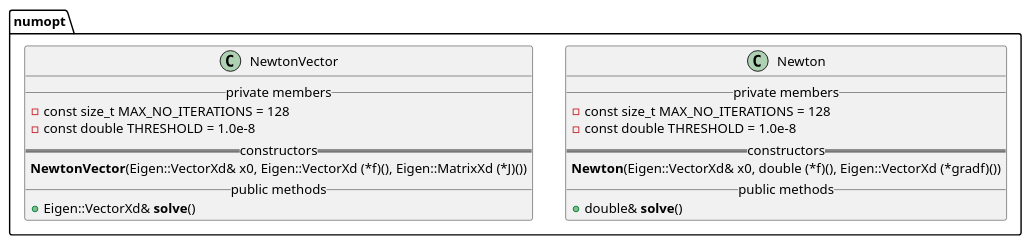
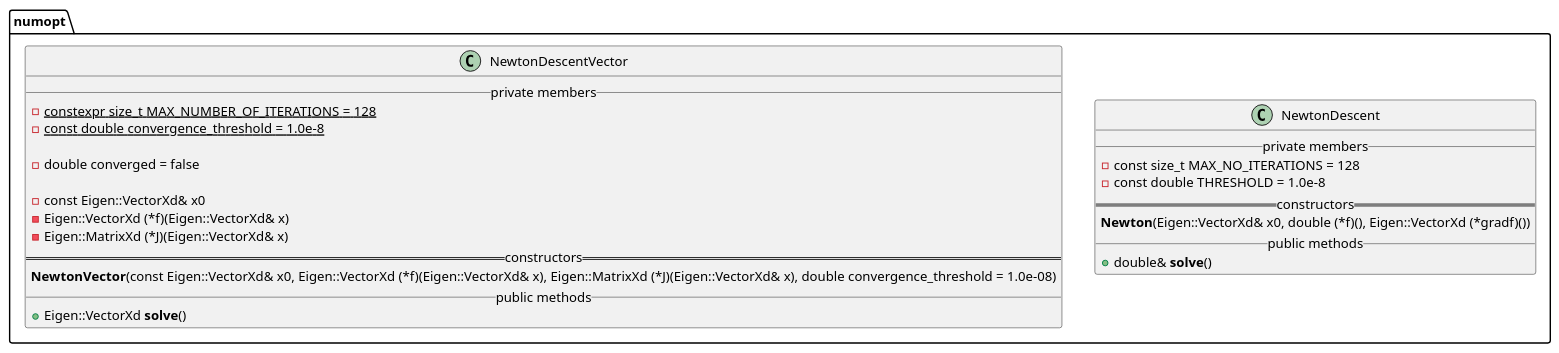
Before and after one commit to matt-chan/numopt: the diagram in docs/numopt.puml, drawn with PlantUML. The commit also changed 7 other files, not shown here.

Commit message:
Implement a Newton solver for vector functions.

```diff
--- a/docs/numopt.puml
+++ b/docs/numopt.puml
@@ -1,26 +1,33 @@
 @startuml
 
 namespace numopt {
 
-    class Newton {
+    class NewtonDescent {
         __ private members __
             - const size_t MAX_NO_ITERATIONS = 128
             - const double THRESHOLD = 1.0e-8
         == constructors ==
             **Newton**(Eigen::VectorXd& x0, double (*f)(), Eigen::VectorXd (*gradf)())
         __ public methods __
             + double& **solve**()
     }
 
-    class NewtonVector {
+
+    class NewtonDescentVector {
         __ private members __
-            - const size_t MAX_NO_ITERATIONS = 128
-            - const double THRESHOLD = 1.0e-8
+            - {static} constexpr size_t MAX_NUMBER_OF_ITERATIONS = 128
+            - {static} const double convergence_threshold = 1.0e-8
+
+            - double converged = false
+
+            - const Eigen::VectorXd& x0
+            - Eigen::VectorXd (*f)(Eigen::VectorXd& x)
+            - Eigen::MatrixXd (*J)(Eigen::VectorXd& x)
         == constructors ==
-            **NewtonVector**(Eigen::VectorXd& x0, Eigen::VectorXd (*f)(), Eigen::MatrixXd (*J)())
+            **NewtonVector**(const Eigen::VectorXd& x0, Eigen::VectorXd (*f)(Eigen::VectorXd& x), Eigen::MatrixXd (*J)(Eigen::VectorXd& x), double convergence_threshold = 1.0e-08)
         __ public methods __
-            + Eigen::VectorXd& **solve**()
+            + Eigen::VectorXd **solve**()
     }
 }
 
 @enduml
```
